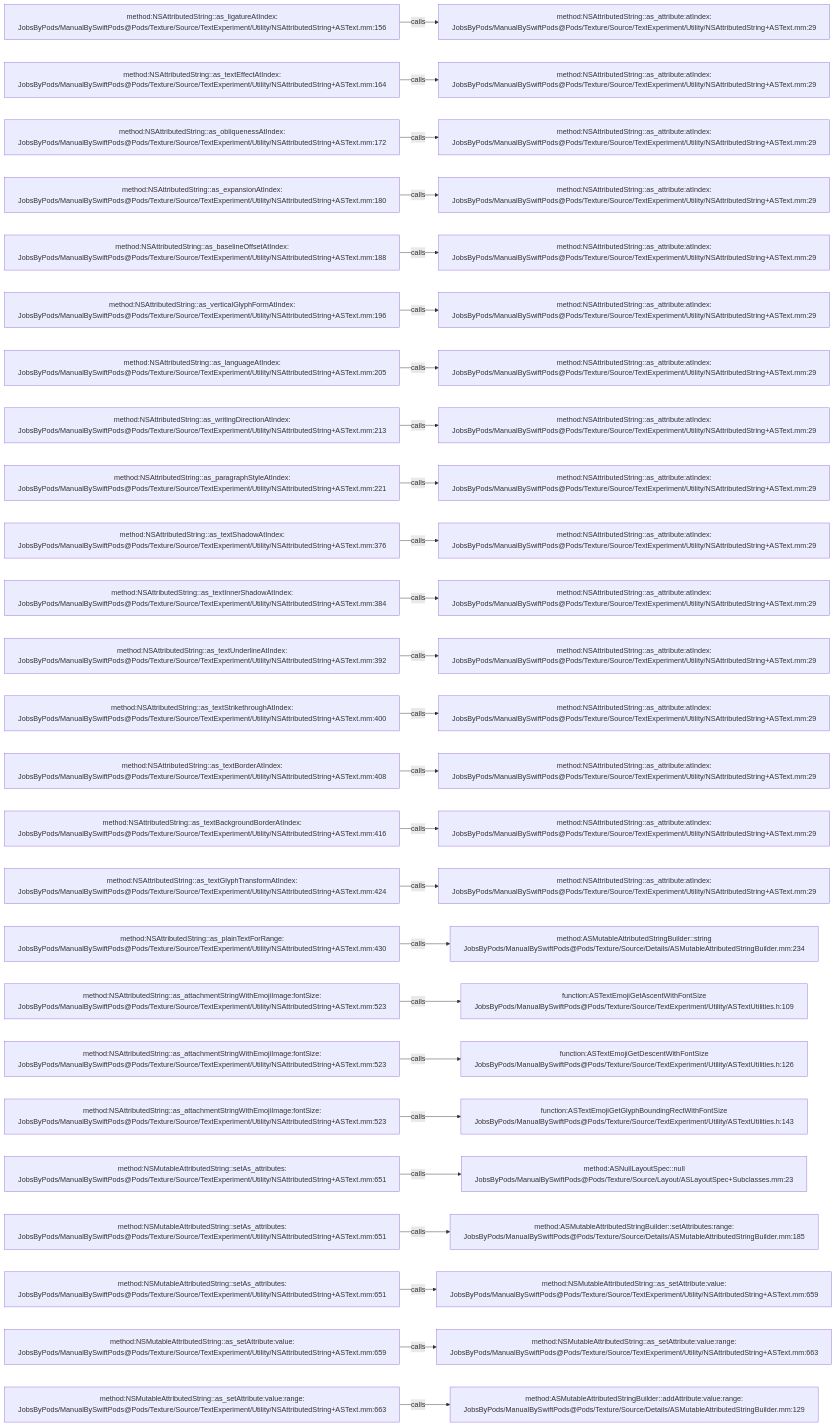
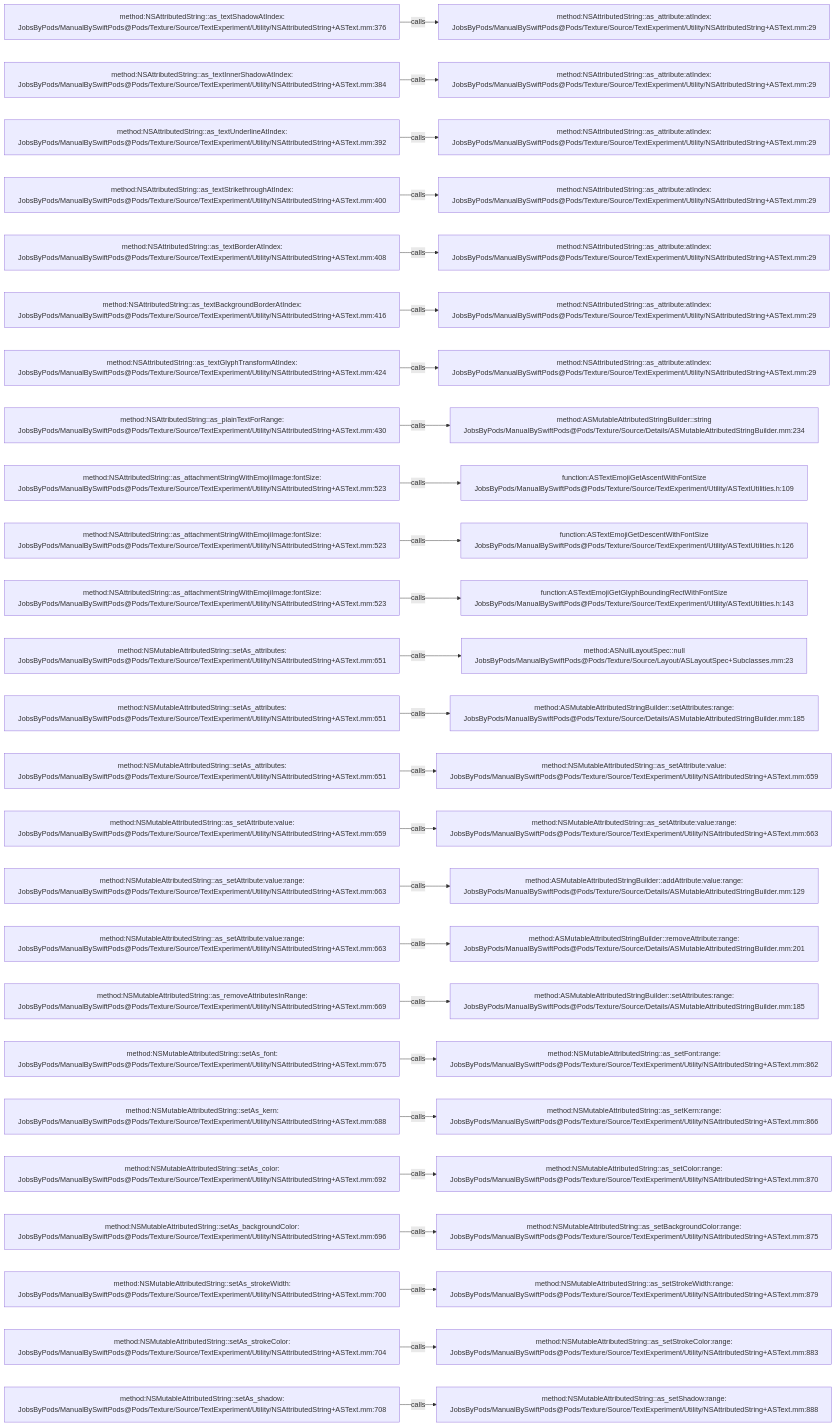
The diagram in .codegraph/codegraph.md/graphs/calls-143.md (JobsKits/JobsSwiftBaseConfigDemo), drawn with Mermaid before and after one commit. The commit also changed 707 other files, not shown here.

````diff
--- a/.codegraph/codegraph.md/graphs/calls-143.md
+++ b/.codegraph/codegraph.md/graphs/calls-143.md
@@ -13,78 +13,78 @@
 ```mermaid
 flowchart LR
-  S1["method:NSAttributedString::as_ligatureAtIndex:<br/>JobsByPods/ManualBySwiftPods@Pods/Texture/Source/TextExperiment/Utility/NSAttributedString+ASText.mm:156"]
+  S1["method:NSAttributedString::as_textShadowAtIndex:<br/>JobsByPods/ManualBySwiftPods@Pods/Texture/Source/TextExperiment/Utility/NSAttributedString+ASText.mm:376"]
   T1["method:NSAttributedString::as_attribute:atIndex:<br/>JobsByPods/ManualBySwiftPods@Pods/Texture/Source/TextExperiment/Utility/NSAttributedString+ASText.mm:29"]
   S1 -->|calls| T1
-  S2["method:NSAttributedString::as_textEffectAtIndex:<br/>JobsByPods/ManualBySwiftPods@Pods/Texture/Source/TextExperiment/Utility/NSAttributedString+ASText.mm:164"]
+  S2["method:NSAttributedString::as_textInnerShadowAtIndex:<br/>JobsByPods/ManualBySwiftPods@Pods/Texture/Source/TextExperiment/Utility/NSAttributedString+ASText.mm:384"]
   T2["method:NSAttributedString::as_attribute:atIndex:<br/>JobsByPods/ManualBySwiftPods@Pods/Texture/Source/TextExperiment/Utility/NSAttributedString+ASText.mm:29"]
   S2 -->|calls| T2
-  S3["method:NSAttributedString::as_obliquenessAtIndex:<br/>JobsByPods/ManualBySwiftPods@Pods/Texture/Source/TextExperiment/Utility/NSAttributedString+ASText.mm:172"]
+  S3["method:NSAttributedString::as_textUnderlineAtIndex:<br/>JobsByPods/ManualBySwiftPods@Pods/Texture/Source/TextExperiment/Utility/NSAttributedString+ASText.mm:392"]
   T3["method:NSAttributedString::as_attribute:atIndex:<br/>JobsByPods/ManualBySwiftPods@Pods/Texture/Source/TextExperiment/Utility/NSAttributedString+ASText.mm:29"]
   S3 -->|calls| T3
-  S4["method:NSAttributedString::as_expansionAtIndex:<br/>JobsByPods/ManualBySwiftPods@Pods/Texture/Source/TextExperiment/Utility/NSAttributedString+ASText.mm:180"]
+  S4["method:NSAttributedString::as_textStrikethroughAtIndex:<br/>JobsByPods/ManualBySwiftPods@Pods/Texture/Source/TextExperiment/Utility/NSAttributedString+ASText.mm:400"]
   T4["method:NSAttributedString::as_attribute:atIndex:<br/>JobsByPods/ManualBySwiftPods@Pods/Texture/Source/TextExperiment/Utility/NSAttributedString+ASText.mm:29"]
   S4 -->|calls| T4
-  S5["method:NSAttributedString::as_baselineOffsetAtIndex:<br/>JobsByPods/ManualBySwiftPods@Pods/Texture/Source/TextExperiment/Utility/NSAttributedString+ASText.mm:188"]
+  S5["method:NSAttributedString::as_textBorderAtIndex:<br/>JobsByPods/ManualBySwiftPods@Pods/Texture/Source/TextExperiment/Utility/NSAttributedString+ASText.mm:408"]
   T5["method:NSAttributedString::as_attribute:atIndex:<br/>JobsByPods/ManualBySwiftPods@Pods/Texture/Source/TextExperiment/Utility/NSAttributedString+ASText.mm:29"]
   S5 -->|calls| T5
-  S6["method:NSAttributedString::as_verticalGlyphFormAtIndex:<br/>JobsByPods/ManualBySwiftPods@Pods/Texture/Source/TextExperiment/Utility/NSAttributedString+ASText.mm:196"]
+  S6["method:NSAttributedString::as_textBackgroundBorderAtIndex:<br/>JobsByPods/ManualBySwiftPods@Pods/Texture/Source/TextExperiment/Utility/NSAttributedString+ASText.mm:416"]
   T6["method:NSAttributedString::as_attribute:atIndex:<br/>JobsByPods/ManualBySwiftPods@Pods/Texture/Source/TextExperiment/Utility/NSAttributedString+ASText.mm:29"]
   S6 -->|calls| T6
-  S7["method:NSAttributedString::as_languageAtIndex:<br/>JobsByPods/ManualBySwiftPods@Pods/Texture/Source/TextExperiment/Utility/NSAttributedString+ASText.mm:205"]
+  S7["method:NSAttributedString::as_textGlyphTransformAtIndex:<br/>JobsByPods/ManualBySwiftPods@Pods/Texture/Source/TextExperiment/Utility/NSAttributedString+ASText.mm:424"]
   T7["method:NSAttributedString::as_attribute:atIndex:<br/>JobsByPods/ManualBySwiftPods@Pods/Texture/Source/TextExperiment/Utility/NSAttributedString+ASText.mm:29"]
   S7 -->|calls| T7
-  S8["method:NSAttributedString::as_writingDirectionAtIndex:<br/>JobsByPods/ManualBySwiftPods@Pods/Texture/Source/TextExperiment/Utility/NSAttributedString+ASText.mm:213"]
-  T8["method:NSAttributedString::as_attribute:atIndex:<br/>JobsByPods/ManualBySwiftPods@Pods/Texture/Source/TextExperiment/Utility/NSAttributedString+ASText.mm:29"]
+  S8["method:NSAttributedString::as_plainTextForRange:<br/>JobsByPods/ManualBySwiftPods@Pods/Texture/Source/TextExperiment/Utility/NSAttributedString+ASText.mm:430"]
+  T8["method:ASMutableAttributedStringBuilder::string<br/>JobsByPods/ManualBySwiftPods@Pods/Texture/Source/Details/ASMutableAttributedStringBuilder.mm:234"]
   S8 -->|calls| T8
-  S9["method:NSAttributedString::as_paragraphStyleAtIndex:<br/>JobsByPods/ManualBySwiftPods@Pods/Texture/Source/TextExperiment/Utility/NSAttributedString+ASText.mm:221"]
-  T9["method:NSAttributedString::as_attribute:atIndex:<br/>JobsByPods/ManualBySwiftPods@Pods/Texture/Source/TextExperiment/Utility/NSAttributedString+ASText.mm:29"]
+  S9["method:NSAttributedString::as_attachmentStringWithEmojiImage:fontSize:<br/>JobsByPods/ManualBySwiftPods@Pods/Texture/Source/TextExperiment/Utility/NSAttributedString+ASText.mm:523"]
+  T9["function:ASTextEmojiGetAscentWithFontSize<br/>JobsByPods/ManualBySwiftPods@Pods/Texture/Source/TextExperiment/Utility/ASTextUtilities.h:109"]
   S9 -->|calls| T9
-  S10["method:NSAttributedString::as_textShadowAtIndex:<br/>JobsByPods/ManualBySwiftPods@Pods/Texture/Source/TextExperiment/Utility/NSAttributedString+ASText.mm:376"]
-  T10["method:NSAttributedString::as_attribute:atIndex:<br/>JobsByPods/ManualBySwiftPods@Pods/Texture/Source/TextExperiment/Utility/NSAttributedString+ASText.mm:29"]
+  S10["method:NSAttributedString::as_attachmentStringWithEmojiImage:fontSize:<br/>JobsByPods/ManualBySwiftPods@Pods/Texture/Source/TextExperiment/Utility/NSAttributedString+ASText.mm:523"]
+  T10["function:ASTextEmojiGetDescentWithFontSize<br/>JobsByPods/ManualBySwiftPods@Pods/Texture/Source/TextExperiment/Utility/ASTextUtilities.h:126"]
   S10 -->|calls| T10
-  S11["method:NSAttributedString::as_textInnerShadowAtIndex:<br/>JobsByPods/ManualBySwiftPods@Pods/Texture/Source/TextExperiment/Utility/NSAttributedString+ASText.mm:384"]
-  T11["method:NSAttributedString::as_attribute:atIndex:<br/>JobsByPods/ManualBySwiftPods@Pods/Texture/Source/TextExperiment/Utility/NSAttributedString+ASText.mm:29"]
+  S11["method:NSAttributedString::as_attachmentStringWithEmojiImage:fontSize:<br/>JobsByPods/ManualBySwiftPods@Pods/Texture/Source/TextExperiment/Utility/NSAttributedString+ASText.mm:523"]
+  T11["function:ASTextEmojiGetGlyphBoundingRectWithFontSize<br/>JobsByPods/ManualBySwiftPods@Pods/Texture/Source/TextExperiment/Utility/ASTextUtilities.h:143"]
   S11 -->|calls| T11
-  S12["method:NSAttributedString::as_textUnderlineAtIndex:<br/>JobsByPods/ManualBySwiftPods@Pods/Texture/Source/TextExperiment/Utility/NSAttributedString+ASText.mm:392"]
-  T12["method:NSAttributedString::as_attribute:atIndex:<br/>JobsByPods/ManualBySwiftPods@Pods/Texture/Source/TextExperiment/Utility/NSAttributedString+ASText.mm:29"]
+  S12["method:NSMutableAttributedString::setAs_attributes:<br/>JobsByPods/ManualBySwiftPods@Pods/Texture/Source/TextExperiment/Utility/NSAttributedString+ASText.mm:651"]
+  T12["method:ASNullLayoutSpec::null<br/>JobsByPods/ManualBySwiftPods@Pods/Texture/Source/Layout/ASLayoutSpec+Subclasses.mm:23"]
   S12 -->|calls| T12
-  S13["method:NSAttributedString::as_textStrikethroughAtIndex:<br/>JobsByPods/ManualBySwiftPods@Pods/Texture/Source/TextExperiment/Utility/NSAttributedString+ASText.mm:400"]
-  T13["method:NSAttributedString::as_attribute:atIndex:<br/>JobsByPods/ManualBySwiftPods@Pods/Texture/Source/TextExperiment/Utility/NSAttributedString+ASText.mm:29"]
+  S13["method:NSMutableAttributedString::setAs_attributes:<br/>JobsByPods/ManualBySwiftPods@Pods/Texture/Source/TextExperiment/Utility/NSAttributedString+ASText.mm:651"]
+  T13["method:ASMutableAttributedStringBuilder::setAttributes:range:<br/>JobsByPods/ManualBySwiftPods@Pods/Texture/Source/Details/ASMutableAttributedStringBuilder.mm:185"]
   S13 -->|calls| T13
-  S14["method:NSAttributedString::as_textBorderAtIndex:<br/>JobsByPods/ManualBySwiftPods@Pods/Texture/Source/TextExperiment/Utility/NSAttributedString+ASText.mm:408"]
-  T14["method:NSAttributedString::as_attribute:atIndex:<br/>JobsByPods/ManualBySwiftPods@Pods/Texture/Source/TextExperiment/Utility/NSAttributedString+ASText.mm:29"]
+  S14["method:NSMutableAttributedString::setAs_attributes:<br/>JobsByPods/ManualBySwiftPods@Pods/Texture/Source/TextExperiment/Utility/NSAttributedString+ASText.mm:651"]
+  T14["method:NSMutableAttributedString::as_setAttribute:value:<br/>JobsByPods/ManualBySwiftPods@Pods/Texture/Source/TextExperiment/Utility/NSAttributedString+ASText.mm:659"]
   S14 -->|calls| T14
-  S15["method:NSAttributedString::as_textBackgroundBorderAtIndex:<br/>JobsByPods/ManualBySwiftPods@Pods/Texture/Source/TextExperiment/Utility/NSAttributedString+ASText.mm:416"]
-  T15["method:NSAttributedString::as_attribute:atIndex:<br/>JobsByPods/ManualBySwiftPods@Pods/Texture/Source/TextExperiment/Utility/NSAttributedString+ASText.mm:29"]
+  S15["method:NSMutableAttributedString::as_setAttribute:value:<br/>JobsByPods/ManualBySwiftPods@Pods/Texture/Source/TextExperiment/Utility/NSAttributedString+ASText.mm:659"]
+  T15["method:NSMutableAttributedString::as_setAttribute:value:range:<br/>JobsByPods/ManualBySwiftPods@Pods/Texture/Source/TextExperiment/Utility/NSAttributedString+ASText.mm:663"]
   S15 -->|calls| T15
-  S16["method:NSAttributedString::as_textGlyphTransformAtIndex:<br/>JobsByPods/ManualBySwiftPods@Pods/Texture/Source/TextExperiment/Utility/NSAttributedString+ASText.mm:424"]
-  T16["method:NSAttributedString::as_attribute:atIndex:<br/>JobsByPods/ManualBySwiftPods@Pods/Texture/Source/TextExperiment/Utility/NSAttributedString+ASText.mm:29"]
+  S16["method:NSMutableAttributedString::as_setAttribute:value:range:<br/>JobsByPods/ManualBySwiftPods@Pods/Texture/Source/TextExperiment/Utility/NSAttributedString+ASText.mm:663"]
+  T16["method:ASMutableAttributedStringBuilder::addAttribute:value:range:<br/>JobsByPods/ManualBySwiftPods@Pods/Texture/Source/Details/ASMutableAttributedStringBuilder.mm:129"]
   S16 -->|calls| T16
-  S17["method:NSAttributedString::as_plainTextForRange:<br/>JobsByPods/ManualBySwiftPods@Pods/Texture/Source/TextExperiment/Utility/NSAttributedString+ASText.mm:430"]
-  T17["method:ASMutableAttributedStringBuilder::string<br/>JobsByPods/ManualBySwiftPods@Pods/Texture/Source/Details/ASMutableAttributedStringBuilder.mm:234"]
+  S17["method:NSMutableAttributedString::as_setAttribute:value:range:<br/>JobsByPods/ManualBySwiftPods@Pods/Texture/Source/TextExperiment/Utility/NSAttributedString+ASText.mm:663"]
+  T17["method:ASMutableAttributedStringBuilder::removeAttribute:range:<br/>JobsByPods/ManualBySwiftPods@Pods/Texture/Source/Details/ASMutableAttributedStringBuilder.mm:201"]
   S17 -->|calls| T17
-  S18["method:NSAttributedString::as_attachmentStringWithEmojiImage:fontSize:<br/>JobsByPods/ManualBySwiftPods@Pods/Texture/Source/TextExperiment/Utility/NSAttributedString+ASText.mm:523"]
-  T18["function:ASTextEmojiGetAscentWithFontSize<br/>JobsByPods/ManualBySwiftPods@Pods/Texture/Source/TextExperiment/Utility/ASTextUtilities.h:109"]
+  S18["method:NSMutableAttributedString::as_removeAttributesInRange:<br/>JobsByPods/ManualBySwiftPods@Pods/Texture/Source/TextExperiment/Utility/NSAttributedString+ASText.mm:669"]
+  T18["method:ASMutableAttributedStringBuilder::setAttributes:range:<br/>JobsByPods/ManualBySwiftPods@Pods/Texture/Source/Details/ASMutableAttributedStringBuilder.mm:185"]
   S18 -->|calls| T18
-  S19["method:NSAttributedString::as_attachmentStringWithEmojiImage:fontSize:<br/>JobsByPods/ManualBySwiftPods@Pods/Texture/Source/TextExperiment/Utility/NSAttributedString+ASText.mm:523"]
-  T19["function:ASTextEmojiGetDescentWithFontSize<br/>JobsByPods/ManualBySwiftPods@Pods/Texture/Source/TextExperiment/Utility/ASTextUtilities.h:126"]
+  S19["method:NSMutableAttributedString::setAs_font:<br/>JobsByPods/ManualBySwiftPods@Pods/Texture/Source/TextExperiment/Utility/NSAttributedString+ASText.mm:675"]
+  T19["method:NSMutableAttributedString::as_setFont:range:<br/>JobsByPods/ManualBySwiftPods@Pods/Texture/Source/TextExperiment/Utility/NSAttributedString+ASText.mm:862"]
   S19 -->|calls| T19
-  S20["method:NSAttributedString::as_attachmentStringWithEmojiImage:fontSize:<br/>JobsByPods/ManualBySwiftPods@Pods/Texture/Source/TextExperiment/Utility/NSAttributedString+ASText.mm:523"]
-  T20["function:ASTextEmojiGetGlyphBoundingRectWithFontSize<br/>JobsByPods/ManualBySwiftPods@Pods/Texture/Source/TextExperiment/Utility/ASTextUtilities.h:143"]
+  S20["method:NSMutableAttributedString::setAs_kern:<br/>JobsByPods/ManualBySwiftPods@Pods/Texture/Source/TextExperiment/Utility/NSAttributedString+ASText.mm:688"]
+  T20["method:NSMutableAttributedString::as_setKern:range:<br/>JobsByPods/ManualBySwiftPods@Pods/Texture/Source/TextExperiment/Utility/NSAttributedString+ASText.mm:866"]
   S20 -->|calls| T20
-  S21["method:NSMutableAttributedString::setAs_attributes:<br/>JobsByPods/ManualBySwiftPods@Pods/Texture/Source/TextExperiment/Utility/NSAttributedString+ASText.mm:651"]
-  T21["method:ASNullLayoutSpec::null<br/>JobsByPods/ManualBySwiftPods@Pods/Texture/Source/Layout/ASLayoutSpec+Subclasses.mm:23"]
+  S21["method:NSMutableAttributedString::setAs_color:<br/>JobsByPods/ManualBySwiftPods@Pods/Texture/Source/TextExperiment/Utility/NSAttributedString+ASText.mm:692"]
+  T21["method:NSMutableAttributedString::as_setColor:range:<br/>JobsByPods/ManualBySwiftPods@Pods/Texture/Source/TextExperiment/Utility/NSAttributedString+ASText.mm:870"]
   S21 -->|calls| T21
-  S22["method:NSMutableAttributedString::setAs_attributes:<br/>JobsByPods/ManualBySwiftPods@Pods/Texture/Source/TextExperiment/Utility/NSAttributedString+ASText.mm:651"]
-  T22["method:ASMutableAttributedStringBuilder::setAttributes:range:<br/>JobsByPods/ManualBySwiftPods@Pods/Texture/Source/Details/ASMutableAttributedStringBuilder.mm:185"]
+  S22["method:NSMutableAttributedString::setAs_backgroundColor:<br/>JobsByPods/ManualBySwiftPods@Pods/Texture/Source/TextExperiment/Utility/NSAttributedString+ASText.mm:696"]
+  T22["method:NSMutableAttributedString::as_setBackgroundColor:range:<br/>JobsByPods/ManualBySwiftPods@Pods/Texture/Source/TextExperiment/Utility/NSAttributedString+ASText.mm:875"]
   S22 -->|calls| T22
-  S23["method:NSMutableAttributedString::setAs_attributes:<br/>JobsByPods/ManualBySwiftPods@Pods/Texture/Source/TextExperiment/Utility/NSAttributedString+ASText.mm:651"]
-  T23["method:NSMutableAttributedString::as_setAttribute:value:<br/>JobsByPods/ManualBySwiftPods@Pods/Texture/Source/TextExperiment/Utility/NSAttributedString+ASText.mm:659"]
+  S23["method:NSMutableAttributedString::setAs_strokeWidth:<br/>JobsByPods/ManualBySwiftPods@Pods/Texture/Source/TextExperiment/Utility/NSAttributedString+ASText.mm:700"]
+  T23["method:NSMutableAttributedString::as_setStrokeWidth:range:<br/>JobsByPods/ManualBySwiftPods@Pods/Texture/Source/TextExperiment/Utility/NSAttributedString+ASText.mm:879"]
   S23 -->|calls| T23
-  S24["method:NSMutableAttributedString::as_setAttribute:value:<br/>JobsByPods/ManualBySwiftPods@Pods/Texture/Source/TextExperiment/Utility/NSAttributedString+ASText.mm:659"]
-  T24["method:NSMutableAttributedString::as_setAttribute:value:range:<br/>JobsByPods/ManualBySwiftPods@Pods/Texture/Source/TextExperiment/Utility/NSAttributedString+ASText.mm:663"]
+  S24["method:NSMutableAttributedString::setAs_strokeColor:<br/>JobsByPods/ManualBySwiftPods@Pods/Texture/Source/TextExperiment/Utility/NSAttributedString+ASText.mm:704"]
+  T24["method:NSMutableAttributedString::as_setStrokeColor:range:<br/>JobsByPods/ManualBySwiftPods@Pods/Texture/Source/TextExperiment/Utility/NSAttributedString+ASText.mm:883"]
   S24 -->|calls| T24
-  S25["method:NSMutableAttributedString::as_setAttribute:value:range:<br/>JobsByPods/ManualBySwiftPods@Pods/Texture/Source/TextExperiment/Utility/NSAttributedString+ASText.mm:663"]
-  T25["method:ASMutableAttributedStringBuilder::addAttribute:value:range:<br/>JobsByPods/ManualBySwiftPods@Pods/Texture/Source/Details/ASMutableAttributedStringBuilder.mm:129"]
+  S25["method:NSMutableAttributedString::setAs_shadow:<br/>JobsByPods/ManualBySwiftPods@Pods/Texture/Source/TextExperiment/Utility/NSAttributedString+ASText.mm:708"]
+  T25["method:NSMutableAttributedString::as_setShadow:range:<br/>JobsByPods/ManualBySwiftPods@Pods/Texture/Source/TextExperiment/Utility/NSAttributedString+ASText.mm:888"]
   S25 -->|calls| T25
 ```
````
